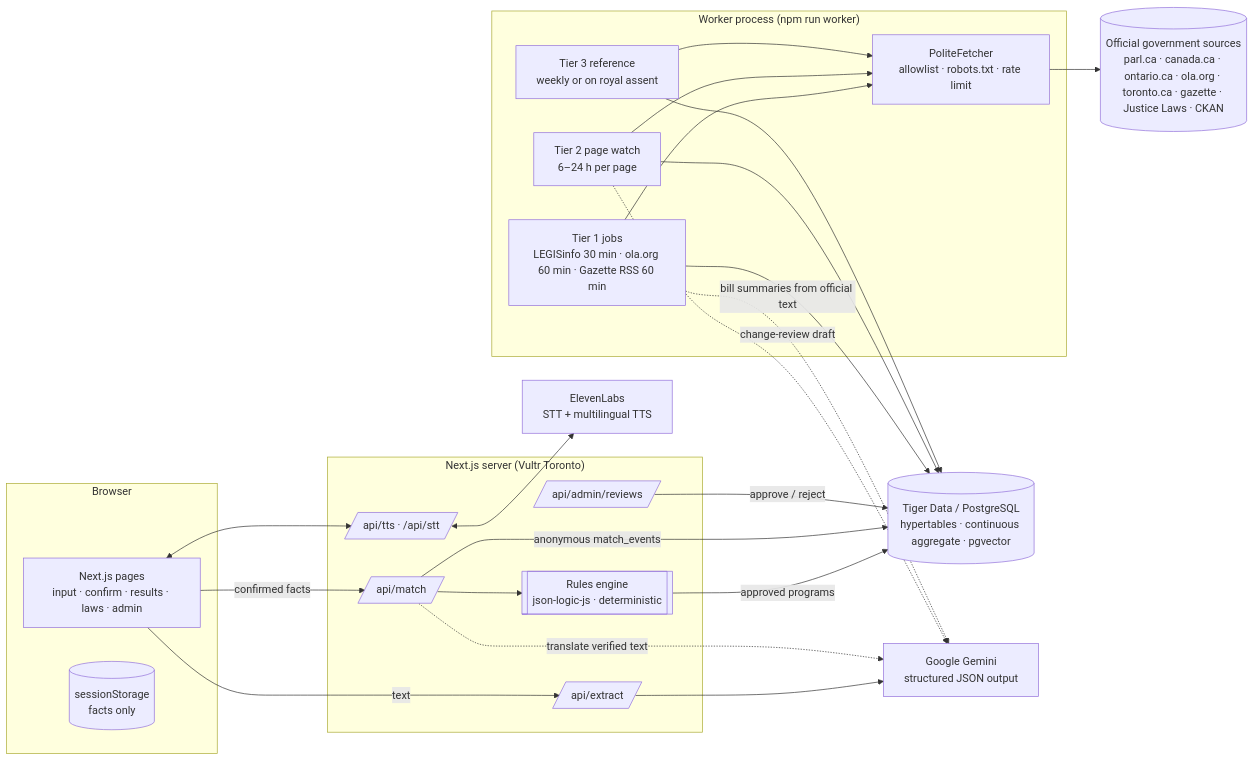
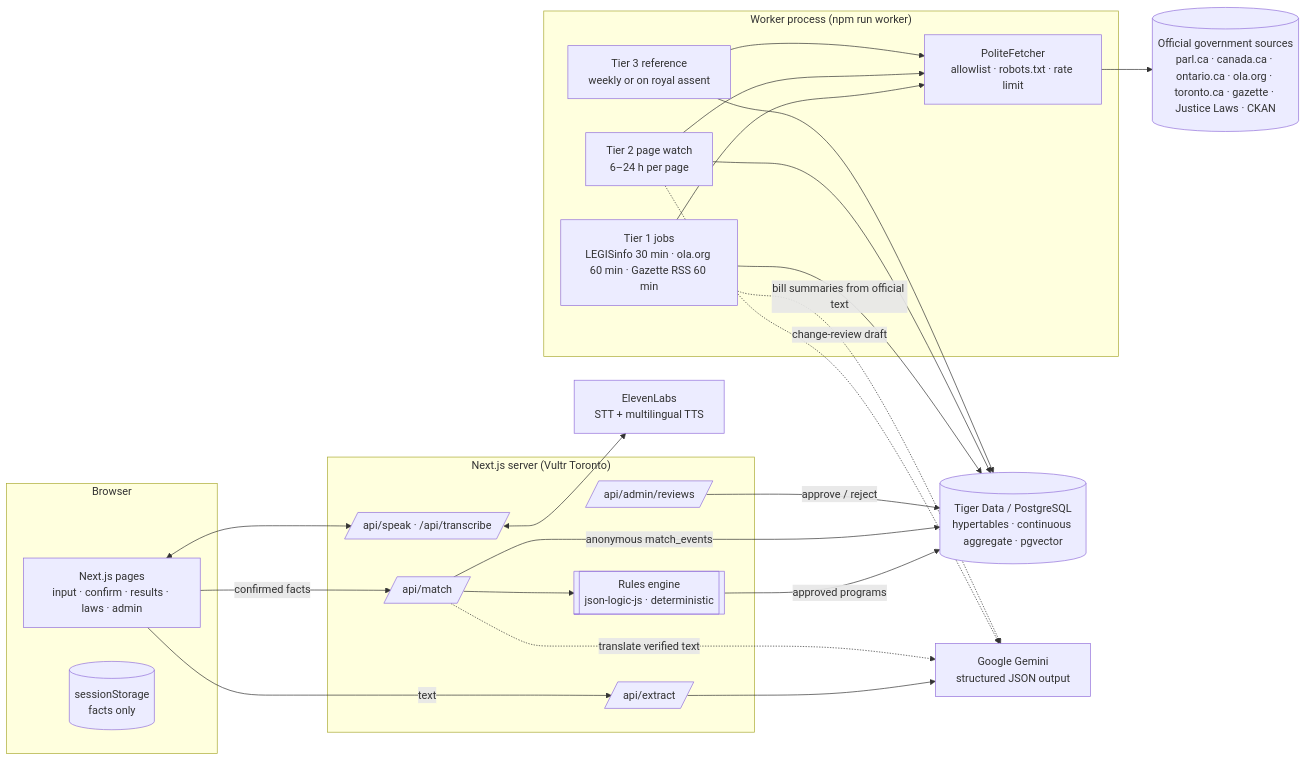
One commit to shreyu1701/Benefit-Bridge-Hack-the-Hill-III changed the first of 2 diagrams in docs/ARCHITECTURE.md. Above: the diagram before and after it, drawn with Mermaid. The commit also changed other lines of this file and 71 other files, not shown here.

````diff
--- a/docs/ARCHITECTURE.md
+++ b/docs/ARCHITECTURE.md
@@ -5,39 +5,39 @@
 ```mermaid
 flowchart LR
   subgraph Browser
     UI[Next.js pages<br/>input · confirm · results · laws · admin]
     SS[(sessionStorage<br/>facts only)]
   end
 
   subgraph Web["Next.js server (Vultr Toronto)"]
     EX[/api/extract/]
     MA[/api/match/]
-    TTS[/api/tts · /api/stt/]
+    TTS[/api/speak · /api/transcribe/]
     AD[/api/admin/reviews/]
     ENG[[Rules engine<br/>json-logic-js · deterministic]]
   end
 
   subgraph Worker["Worker process (npm run worker)"]
     T1[Tier 1 jobs<br/>LEGISinfo 30 min · ola.org 60 min · Gazette RSS 60 min]
     T2[Tier 2 page watch<br/>6–24 h per page]
     T3[Tier 3 reference<br/>weekly or on royal assent]
     PF[PoliteFetcher<br/>allowlist · robots.txt · rate limit]
   end
 
   DB[(Tiger Data / PostgreSQL<br/>hypertables · continuous aggregate · pgvector)]
   GEM[Google Gemini<br/>structured JSON output]
   EL[ElevenLabs<br/>STT + multilingual TTS]
   GOV[(Official government sources<br/>parl.ca · canada.ca · ontario.ca · ola.org · toronto.ca · gazette · Justice Laws · CKAN)]
 
   UI -- text --> EX --> GEM
   UI -- confirmed facts --> MA --> ENG
   ENG -- approved programs --> DB
   MA -- anonymous match_events --> DB
   MA -. translate verified text .-> GEM
   UI <--> TTS <--> EL
   AD -- approve / reject --> DB
   T1 & T2 & T3 --> PF --> GOV
   T1 & T2 & T3 --> DB
   T2 -. change-review draft .-> GEM
   T1 -. bill summaries from official text .-> GEM
 ```
````
